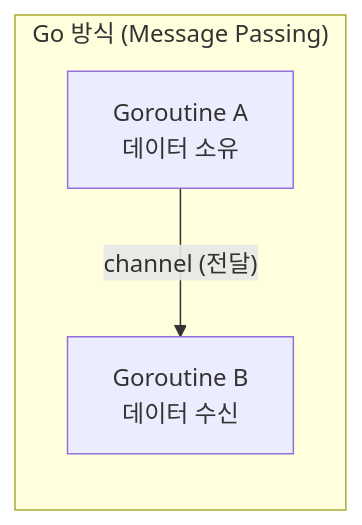
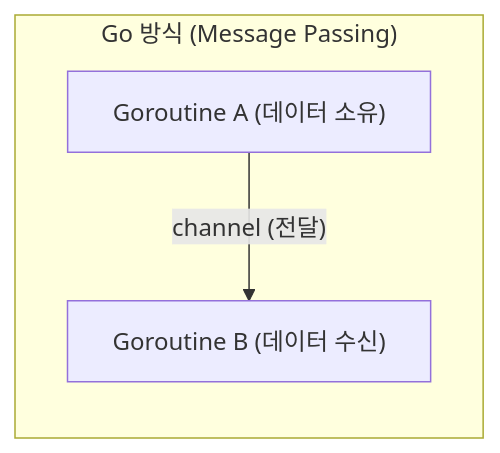
Before and after one commit to kenshin579/blog-v2.advenoh.pe.kr: the fourth of 5 diagrams in contents/go/golang-concurrency-1-goroutine-기초/index.md, drawn with Mermaid. The commit also changed other lines of this file and 80 other files, not shown here.

````diff
--- a/contents/go/golang-concurrency-1-goroutine-기초/index.md
+++ b/contents/go/golang-concurrency-1-goroutine-기초/index.md
@@ -85,6 +85,6 @@
 ```mermaid
 graph LR
     subgraph "Go 방식 (Message Passing)"
-        GA[Goroutine A<br/>데이터 소유] -- "channel (전달)" --> GB[Goroutine B<br/>데이터 수신]
+        GA["Goroutine A (데이터 소유)"] -- "channel (전달)" --> GB["Goroutine B (데이터 수신)"]
     end
 ```
````
